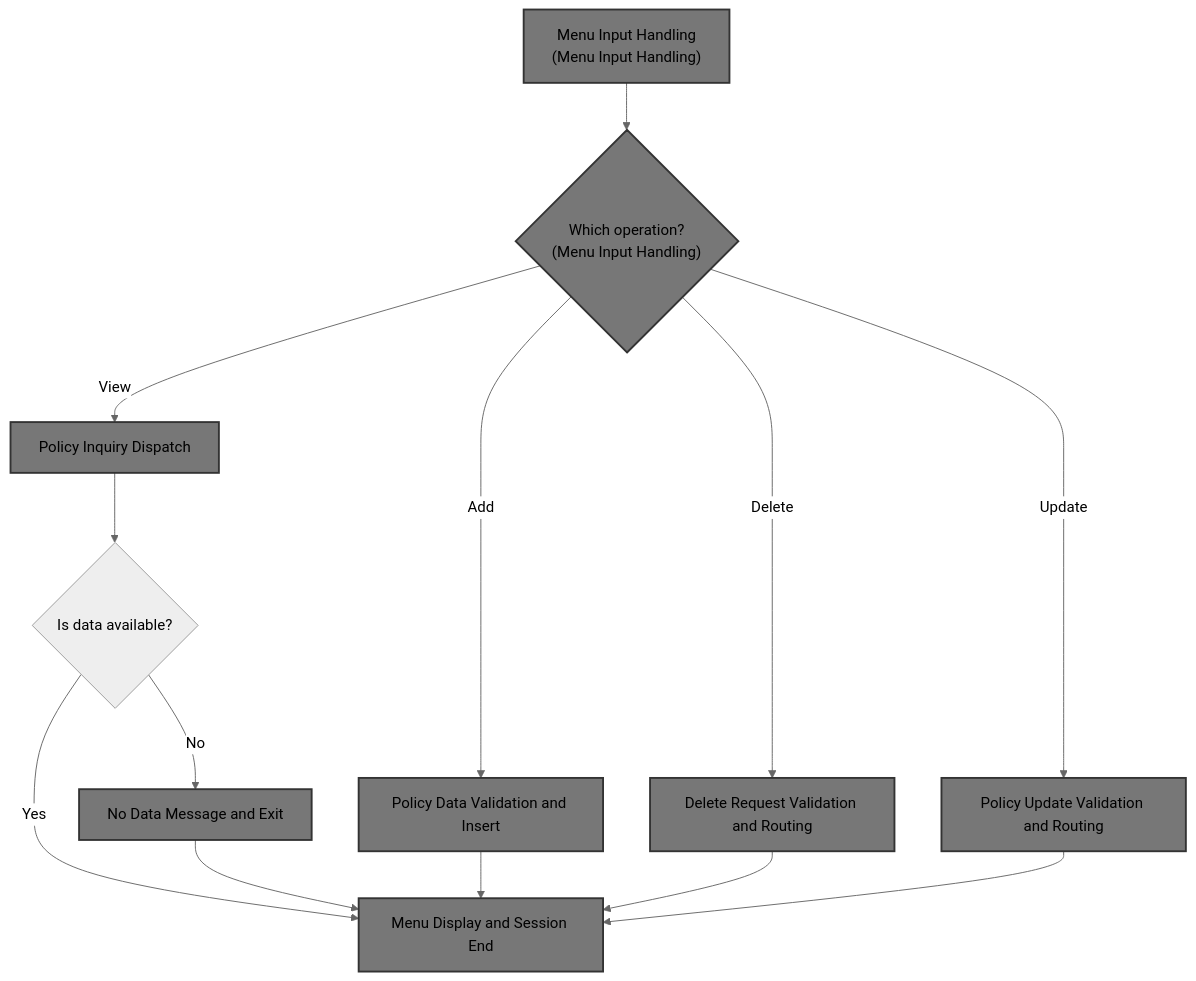
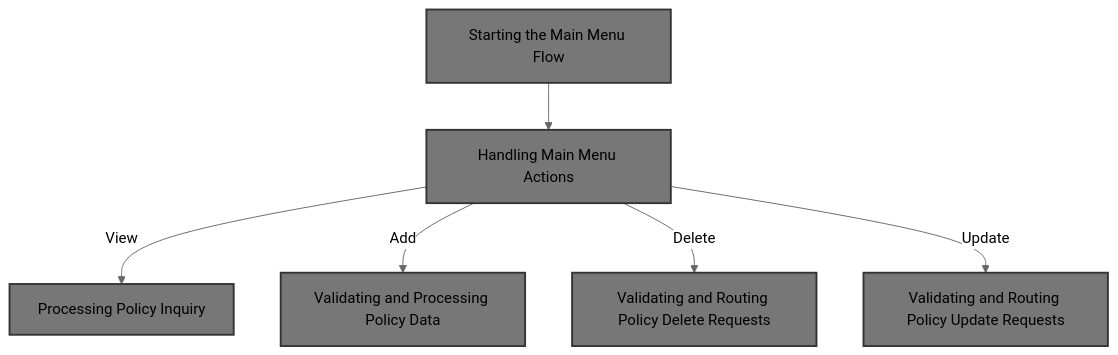
One commit to Giri-Swimm/Swimmio-genapp-motor changed the diagram in .swm/motor-policy-menu-lgtestp1-overview.z0h79veh.sw.md. Above: the diagram before and after it, drawn with Mermaid (neutral theme). The commit also changed other lines of this file and 17 other files, not shown here.

````diff
--- a/.swm/motor-policy-menu-lgtestp1-overview.z0h79veh.sw.md
+++ b/.swm/motor-policy-menu-lgtestp1-overview.z0h79veh.sw.md
@@ -8,27 +8,15 @@
 ```mermaid
 flowchart TD
-  node1["Menu Input Handling
-(Menu Input Handling)"]:::HeadingStyle --> node2{"Which operation?
-(Menu Input Handling)"}:::HeadingStyle
-  click node1 goToHeading "Menu Input Handling"
-  click node2 goToHeading "Menu Input Handling"
-  node2 -->|"View"| node3["Policy Inquiry Dispatch"]:::HeadingStyle
-  click node3 goToHeading "Policy Inquiry Dispatch"
-  node3 --> node4{"Is data available?"}
-  node4 -->|"Yes"| node5["Menu Display and Session End"]:::HeadingStyle
-  click node5 goToHeading "Menu Display and Session End"
-  node4 -->|"No"| node6["No Data Message and Exit"]:::HeadingStyle
-  click node6 goToHeading "No Data Message and Exit"
-  node6 --> node5
-  node2 -->|"Add"| node7["Policy Data Validation and Insert"]:::HeadingStyle
-  click node7 goToHeading "Policy Data Validation and Insert"
-  node7 --> node5
-  node2 -->|"Delete"| node8["Delete Request Validation and Routing"]:::HeadingStyle
-  click node8 goToHeading "Delete Request Validation and Routing"
-  node8 --> node5
-  node2 -->|"Update"| node9["Policy Update Validation and Routing"]:::HeadingStyle
-  click node9 goToHeading "Policy Update Validation and Routing"
-  node9 --> node5
-
+    node1["Starting the Main Menu Flow"]:::HeadingStyle --> node2["Handling Main Menu Actions"]:::HeadingStyle
+    click node1 goToHeading "Starting the Main Menu Flow"
+    click node2 goToHeading "Handling Main Menu Actions"
+    node2 -->|"View"| node3["Processing Policy Inquiry"]:::HeadingStyle
+    click node3 goToHeading "Processing Policy Inquiry"
+    node2 -->|"Add"| node4["Validating and Processing Policy Data"]:::HeadingStyle
+    click node4 goToHeading "Validating and Processing Policy Data"
+    node2 -->|"Delete"| node5["Validating and Routing Policy Delete Requests"]:::HeadingStyle
+    click node5 goToHeading "Validating and Routing Policy Delete Requests"
+    node2 -->|"Update"| node6["Validating and Routing Policy Update Requests"]:::HeadingStyle
+    click node6 goToHeading "Validating and Routing Policy Update Requests"
 classDef HeadingStyle fill:#777777,stroke:#333,stroke-width:2px;
 ```
````
